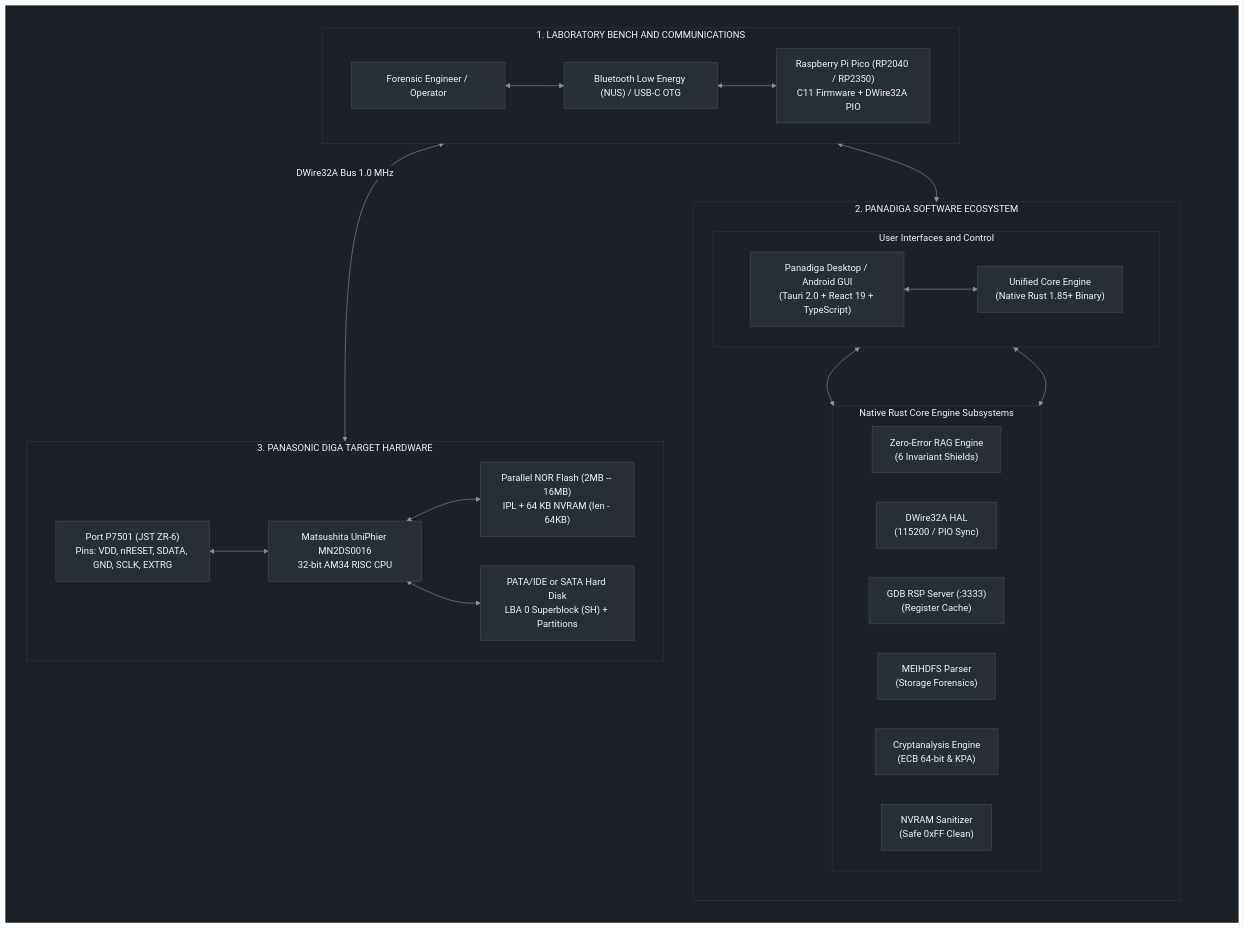
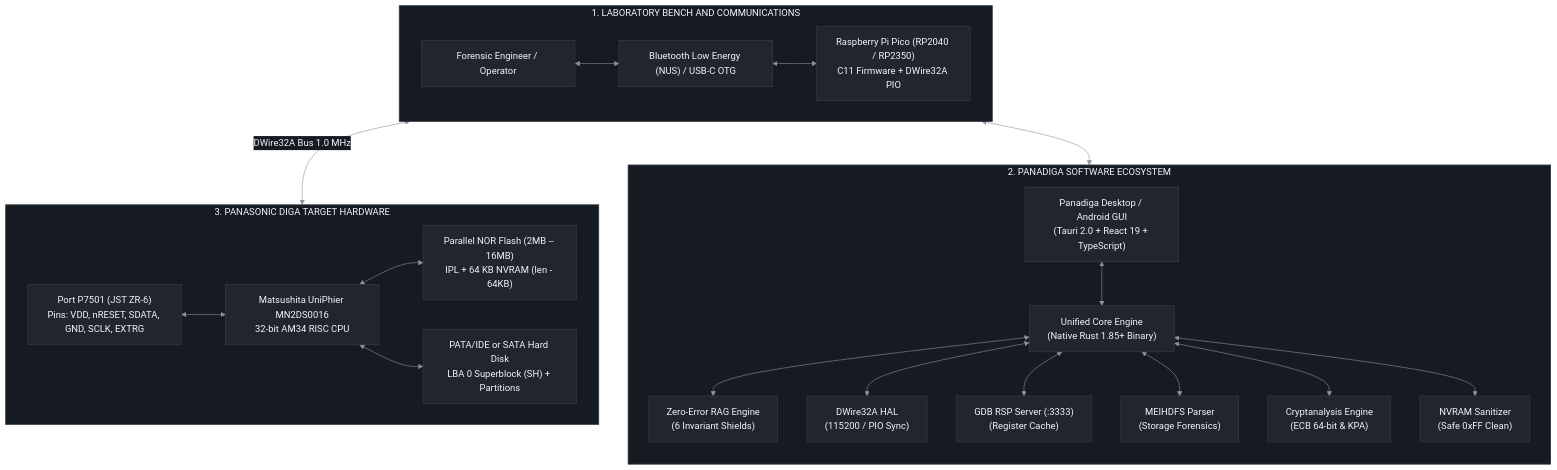
Before and after one commit to danielchrono/Panadiga: the diagram in README.md, drawn with Mermaid. The commit also changed 7 other files, not shown here.

Commit message:
feat(hdd): dual-mirror restoration, homogeneous dark-grey mermaid, and audit reports

````diff
--- a/README.md
+++ b/README.md
@@ -41,77 +41,69 @@
 ```mermaid
 %%{init: {
   'theme': 'base',
   'themeVariables': {
-    'background': '#1c2128',
-    'primaryColor': '#282e37',
+    'background': '#161b22',
+    'primaryColor': '#21262d',
     'primaryTextColor': '#f0f6fc',
-    'primaryBorderColor': '#444c56',
+    'primaryBorderColor': '#30363d',
     'lineColor': '#8b949e',
-    'secondaryColor': '#1c2128',
-    'tertiaryColor': '#1c2128',
-    'clusterBkg': '#1c2128',
+    'secondaryColor': '#21262d',
+    'tertiaryColor': '#21262d',
+    'clusterBkg': '#161b22',
     'clusterBorder': '#30363d',
     'defaultLinkColor': '#8b949e',
     'titleColor': '#f0f6fc',
-    'edgeLabelBackground': '#1c2128'
+    'edgeLabelBackground': '#161b22'
   }
 }}%%
 flowchart TD
-    subgraph MASTER[" "]
-        direction TB
-
-        subgraph LAB_BENCH["1. LABORATORY BENCH AND COMMUNICATIONS"]
-            direction LR
-            USER["Forensic Engineer / Operator"]
-            BLE["Bluetooth Low Energy (NUS) / USB-C OTG"]
-            PICO["Raspberry Pi Pico (RP2040 / RP2350)<br/>C11 Firmware + DWire32A PIO"]
-            USER <--> BLE <--> PICO
-        end
-
-        subgraph SOFTWARE_SUITE["2. PANADIGA SOFTWARE ECOSYSTEM"]
-            direction TB
-            subgraph UI_TIER["User Interfaces and Control"]
-                direction LR
-                GUI["Panadiga Desktop / Android GUI<br/>(Tauri 2.0 + React 19 + TypeScript)"]
-                CLI["Unified Core Engine<br/>(Native Rust 1.85+ Binary)"]
-                GUI <--> CLI
-            end
-
-            subgraph CORE_MODULES["Native Rust Core Engine Subsystems"]
-                direction LR
-                RAG["Zero-Error RAG Engine<br/>(6 Invariant Shields)"]
-                DW_HAL["DWire32A HAL<br/>(115200 / PIO Sync)"]
-                GDB_SRV["GDB RSP Server (:3333)<br/>(Register Cache)"]
-                MEIHDFS["MEIHDFS Parser<br/>(Storage Forensics)"]
-                CRYPTO["Cryptanalysis Engine<br/>(ECB 64-bit & KPA)"]
-                NVRAM["NVRAM Sanitizer<br/>(Safe 0xFF Clean)"]
-            end
-        end
-
-        subgraph TARGET_HARDWARE["3. PANASONIC DIGA TARGET HARDWARE"]
-            direction LR
-            P7501["Port P7501 (JST ZR-6)<br/>Pins: VDD, nRESET, SDATA, GND, SCLK, EXTRG"]
-            AM34["Matsushita UniPhier MN2DS0016<br/>32-bit AM34 RISC CPU"]
-            FLASH["Parallel NOR Flash (2MB -- 16MB)<br/>IPL + 64 KB NVRAM (len - 64KB)"]
-            HDD["PATA/IDE or SATA Hard Disk<br/>LBA 0 Superblock (SH) + Partitions"]
-            P7501 <--> AM34
-            AM34 <--> FLASH
-            AM34 <--> HDD
-        end
-
-        PICO <-->|"DWire32A Bus 1.0 MHz"| P7501
-        UI_TIER <--> CORE_MODULES
-        BLE <--> GUI
-        CLI <--> DW_HAL
+    subgraph LAB_BENCH["1. LABORATORY BENCH AND COMMUNICATIONS"]
+        direction LR
+        USER["Forensic Engineer / Operator"]
+        BLE["Bluetooth Low Energy (NUS) / USB-C OTG"]
+        PICO["Raspberry Pi Pico (RP2040 / RP2350)<br/>C11 Firmware + DWire32A PIO"]
+        USER <--> BLE <--> PICO
     end
 
-    style MASTER fill:#1c2128,stroke:#30363d,stroke-width:1px
-    style LAB_BENCH fill:#1c2128,stroke:#30363d,stroke-width:1px,color:#f0f6fc
-    style SOFTWARE_SUITE fill:#1c2128,stroke:#30363d,stroke-width:1px,color:#f0f6fc
-    style UI_TIER fill:#1c2128,stroke:#30363d,stroke-width:1px,color:#f0f6fc
-    style CORE_MODULES fill:#1c2128,stroke:#30363d,stroke-width:1px,color:#f0f6fc
-    style TARGET_HARDWARE fill:#1c2128,stroke:#30363d,stroke-width:1px,color:#f0f6fc
+    subgraph SOFTWARE_SUITE["2. PANADIGA SOFTWARE ECOSYSTEM"]
+        direction TB
+        GUI["Panadiga Desktop / Android GUI<br/>(Tauri 2.0 + React 19 + TypeScript)"]
+        CLI["Unified Core Engine<br/>(Native Rust 1.85+ Binary)"]
+        GUI <--> CLI
 
-    classDef greyBox fill:#282e37,stroke:#444c56,color:#f0f6fc,stroke-width:1px;
+        RAG["Zero-Error RAG Engine<br/>(6 Invariant Shields)"]
+        DW_HAL["DWire32A HAL<br/>(115200 / PIO Sync)"]
+        GDB_SRV["GDB RSP Server (:3333)<br/>(Register Cache)"]
+        MEIHDFS["MEIHDFS Parser<br/>(Storage Forensics)"]
+        CRYPTO["Cryptanalysis Engine<br/>(ECB 64-bit & KPA)"]
+        NVRAM["NVRAM Sanitizer<br/>(Safe 0xFF Clean)"]
+
+        CLI <--> RAG
+        CLI <--> DW_HAL
+        CLI <--> GDB_SRV
+        CLI <--> MEIHDFS
+        CLI <--> CRYPTO
+        CLI <--> NVRAM
+    end
+
+    subgraph TARGET_HARDWARE["3. PANASONIC DIGA TARGET HARDWARE"]
+        direction LR
+        P7501["Port P7501 (JST ZR-6)<br/>Pins: VDD, nRESET, SDATA, GND, SCLK, EXTRG"]
+        AM34["Matsushita UniPhier MN2DS0016<br/>32-bit AM34 RISC CPU"]
+        FLASH["Parallel NOR Flash (2MB -- 16MB)<br/>IPL + 64 KB NVRAM (len - 64KB)"]
+        HDD["PATA/IDE or SATA Hard Disk<br/>LBA 0 Superblock (SH) + Partitions"]
+        P7501 <--> AM34
+        AM34 <--> FLASH
+        AM34 <--> HDD
+    end
+
+    PICO <-->|"DWire32A Bus 1.0 MHz"| P7501
+    BLE <--> GUI
+
+    style LAB_BENCH fill:#161b22,stroke:#30363d,stroke-width:1.5px,color:#f0f6fc
+    style SOFTWARE_SUITE fill:#161b22,stroke:#30363d,stroke-width:1.5px,color:#f0f6fc
+    style TARGET_HARDWARE fill:#161b22,stroke:#30363d,stroke-width:1.5px,color:#f0f6fc
+
+    classDef greyBox fill:#21262d,stroke:#30363d,color:#f0f6fc,stroke-width:1.5px;
     class USER,BLE,PICO,GUI,CLI,RAG,DW_HAL,GDB_SRV,MEIHDFS,CRYPTO,NVRAM,P7501,AM34,FLASH,HDD greyBox;
 ```
````
